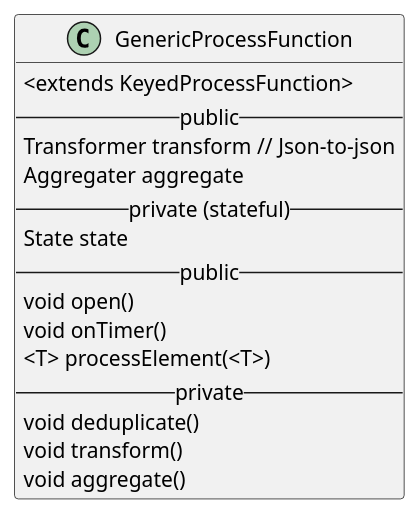
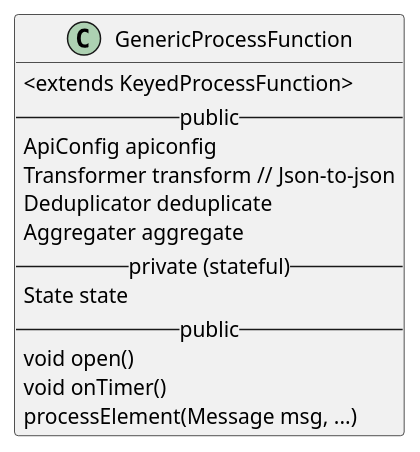
Before and after one commit to datakaveri/iudx-adaptor-framework: the diagram in docs/diagrams/GenericProcessFunction.puml, drawn with PlantUML. The commit also changed 19 other files, not shown here.

Commit message:
Fixed ApiConfig having unnecessary generics

```diff
--- a/docs/diagrams/GenericProcessFunction.puml
+++ b/docs/diagrams/GenericProcessFunction.puml
@@ -1,18 +1,16 @@
 @startuml
 class GenericProcessFunction  {
     <extends KeyedProcessFunction>
   -- public --
+  ApiConfig apiconfig
   Transformer transform // Json-to-json
+  Deduplicator deduplicate
   Aggregater aggregate
   -- private (stateful) --
   State state
   -- public --
   void open()
   void onTimer()
-  <T> processElement(<T>)
-  -- private --
-  void deduplicate()
-  void transform()
-  void aggregate()
+  processElement(Message msg, ...)
 }
 @enduml
```
